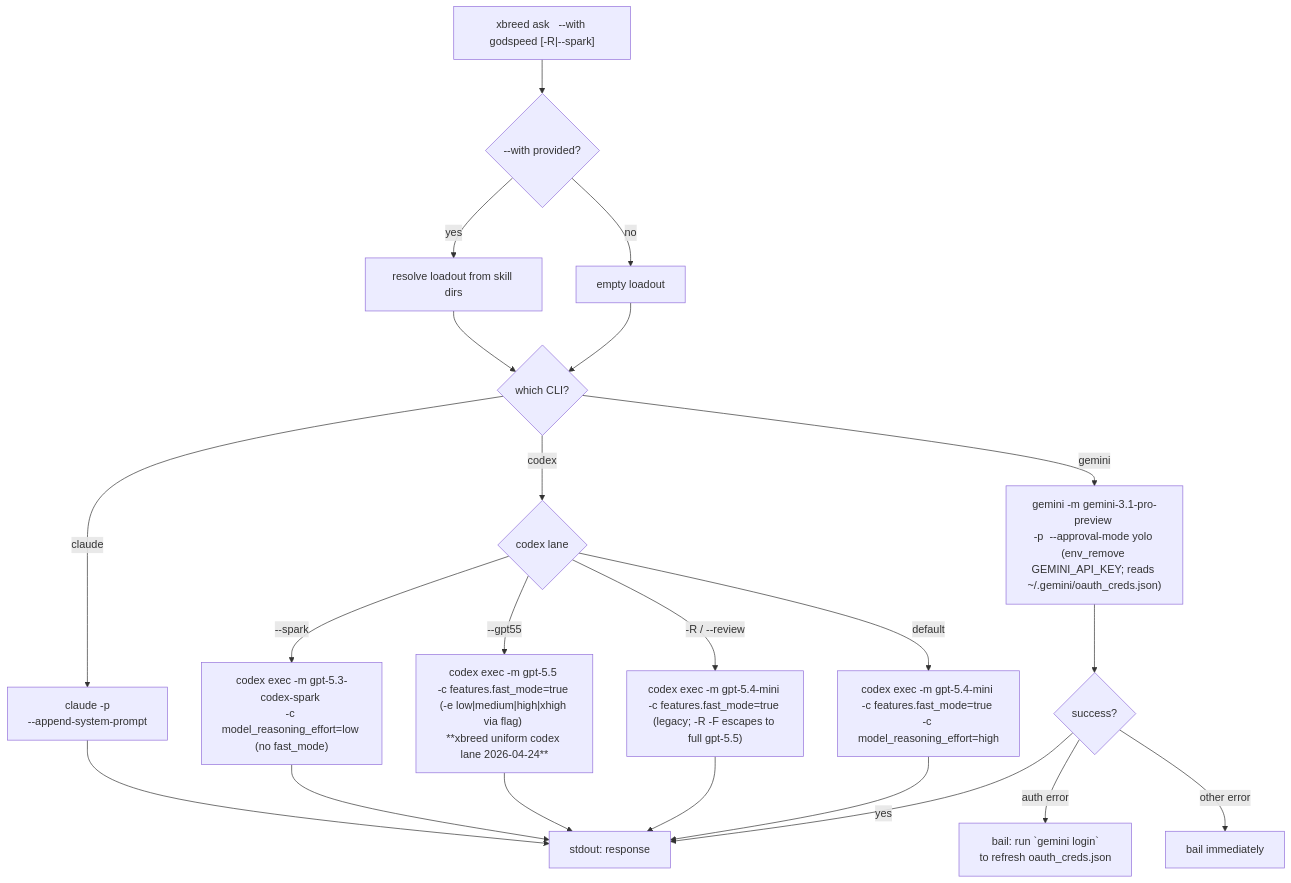
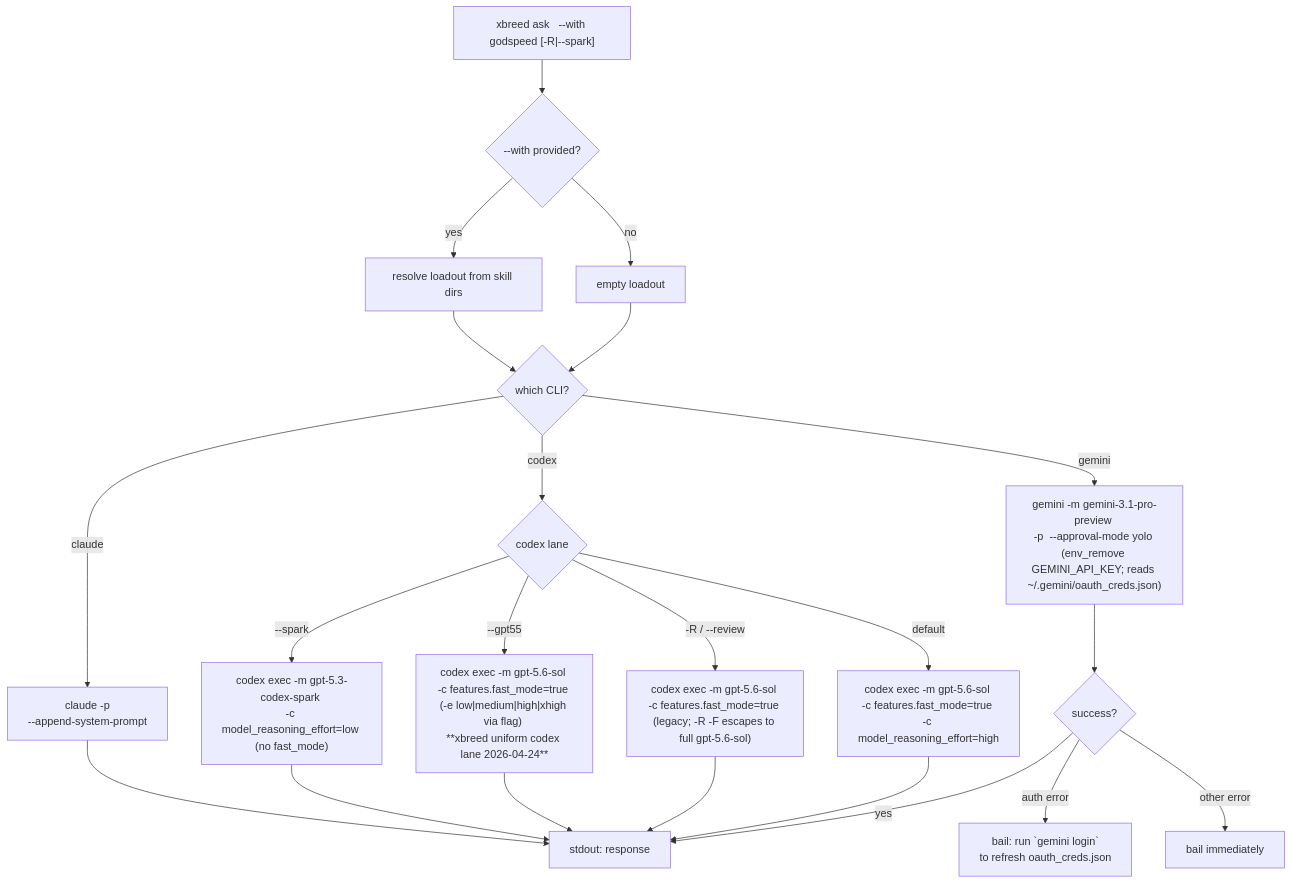
The fourth of 11 diagrams in docs/command-flows.md (VeigaPunk/xbrd-gdsp-fknpft), drawn with Mermaid before and after one commit. The commit also changed other lines of this file and 7 other files, not shown here.

````diff
--- a/docs/command-flows.md
+++ b/docs/command-flows.md
@@ -84,29 +84,29 @@
 ```mermaid
 flowchart TD
     A["xbreed ask <cli> <prompt> --with godspeed [-R|--spark]"]
     A --> B{--with provided?}
     B -->|yes| C[resolve loadout from skill dirs]
     B -->|no| D[empty loadout]
     C --> E{which CLI?}
     D --> E
 
     E -->|claude| F["claude -p <prompt> \n--append-system-prompt <loadout>"]
     E -->|codex| Cdx{codex lane}
     E -->|gemini| H["gemini -m gemini-3.1-pro-preview \n-p <prompt> --approval-mode yolo \n(env_remove GEMINI_API_KEY; reads ~/.gemini/oauth_creds.json)"]
 
     Cdx -->|--spark| Csp["codex exec -m gpt-5.3-codex-spark \n-c model_reasoning_effort=low \n(no fast_mode)"]
-    Cdx -->|--gpt55| Cg5["codex exec -m gpt-5.5 \n-c features.fast_mode=true \n(-e low|medium|high|xhigh via flag) \n**xbreed uniform codex lane 2026-04-24**"]
-    Cdx -->|"-R / --review"| Crv["codex exec -m gpt-5.4-mini \n-c features.fast_mode=true \n(legacy; -R -F escapes to full gpt-5.5)"]
-    Cdx -->|default| Cdf["codex exec -m gpt-5.4-mini \n-c features.fast_mode=true \n-c model_reasoning_effort=high"]
+    Cdx -->|--gpt55| Cg5["codex exec -m gpt-5.6-sol \n-c features.fast_mode=true \n(-e low|medium|high|xhigh via flag) \n**xbreed uniform codex lane 2026-04-24**"]
+    Cdx -->|"-R / --review"| Crv["codex exec -m gpt-5.6-sol \n-c features.fast_mode=true \n(legacy; -R -F escapes to full gpt-5.6-sol)"]
+    Cdx -->|default| Cdf["codex exec -m gpt-5.6-sol \n-c features.fast_mode=true \n-c model_reasoning_effort=high"]
 
     H --> Ha{success?}
     Ha -->|yes| P[stdout: response]
     Ha -->|auth error| Hae["bail: run `gemini login` \nto refresh oauth_creds.json"]
     Ha -->|other error| R[bail immediately]
 
     F --> P
     Csp --> P
     Cg5 --> P
     Crv --> P
     Cdf --> P
 ```
````
